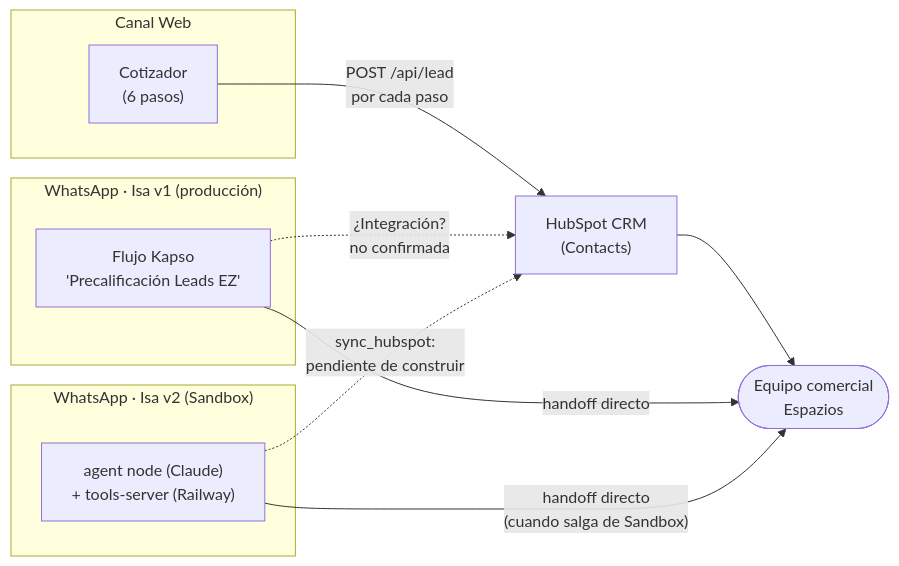
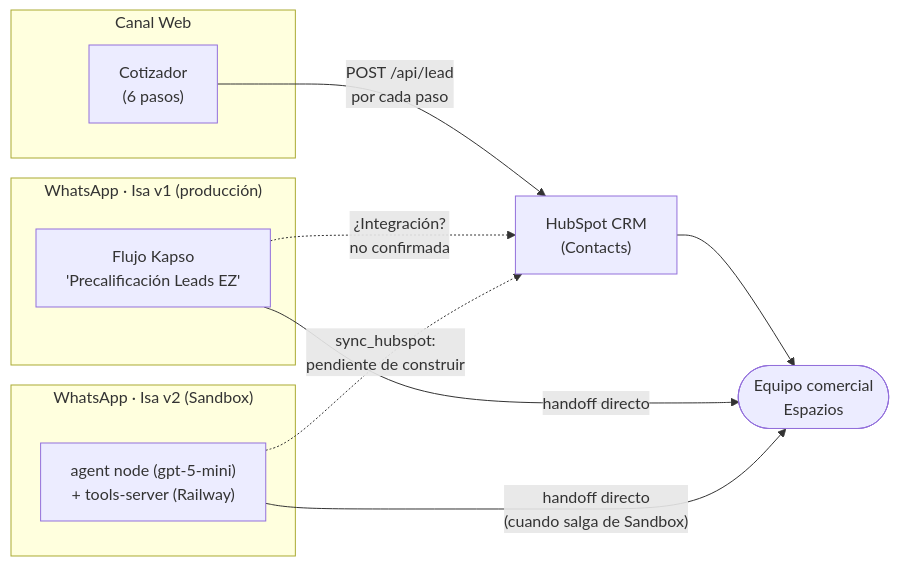
One commit to espazios/espazios-web changed the fourth of 4 diagrams in docs/isa/01-diagramas-funcionales.md. Above: the diagram before and after it, drawn with Mermaid. The commit also changed other lines of this file and 3 other files, not shown here.

````diff
--- a/docs/isa/01-diagramas-funcionales.md
+++ b/docs/isa/01-diagramas-funcionales.md
@@ -124,18 +128,18 @@
 ```mermaid
 flowchart LR
     subgraph WEB["Canal Web"]
         W1["Cotizador<br/>(6 pasos)"]
     end
     subgraph WA1S["WhatsApp · Isa v1 (producción)"]
         WA1["Flujo Kapso<br/>'Precalificación Leads EZ'"]
     end
     subgraph WA2S["WhatsApp · Isa v2 (Sandbox)"]
-        WA2["agent node (Claude)<br/>+ tools-server (Railway)"]
+        WA2["agent node (gpt-5-mini)<br/>+ tools-server (Railway)"]
     end
     W1 -->|"POST /api/lead<br/>por cada paso"| CRM["HubSpot CRM<br/>(Contacts)"]
     WA1 -.->|"¿Integración?<br/>no confirmada"| CRM
     WA2 -.->|"sync_hubspot:<br/>pendiente de construir"| CRM
     CRM --> SALES(["Equipo comercial<br/>Espazios"])
     WA1 -->|"handoff directo"| SALES
     WA2 -->|"handoff directo<br/>(cuando salga de Sandbox)"| SALES
 ```
````
